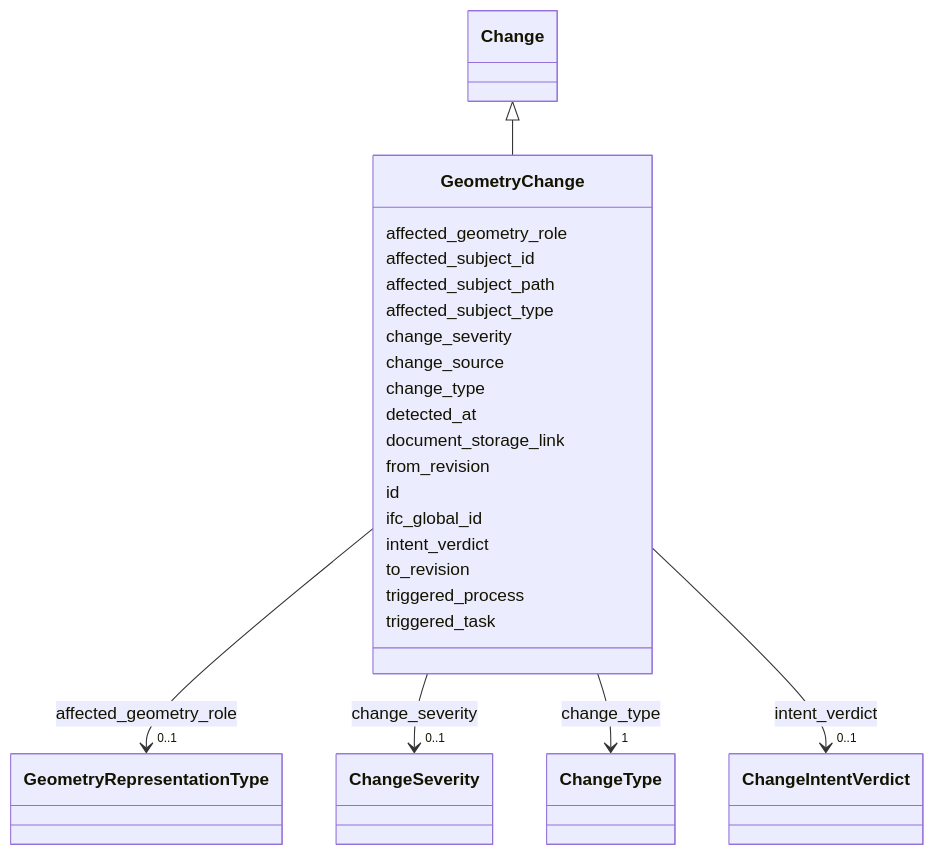
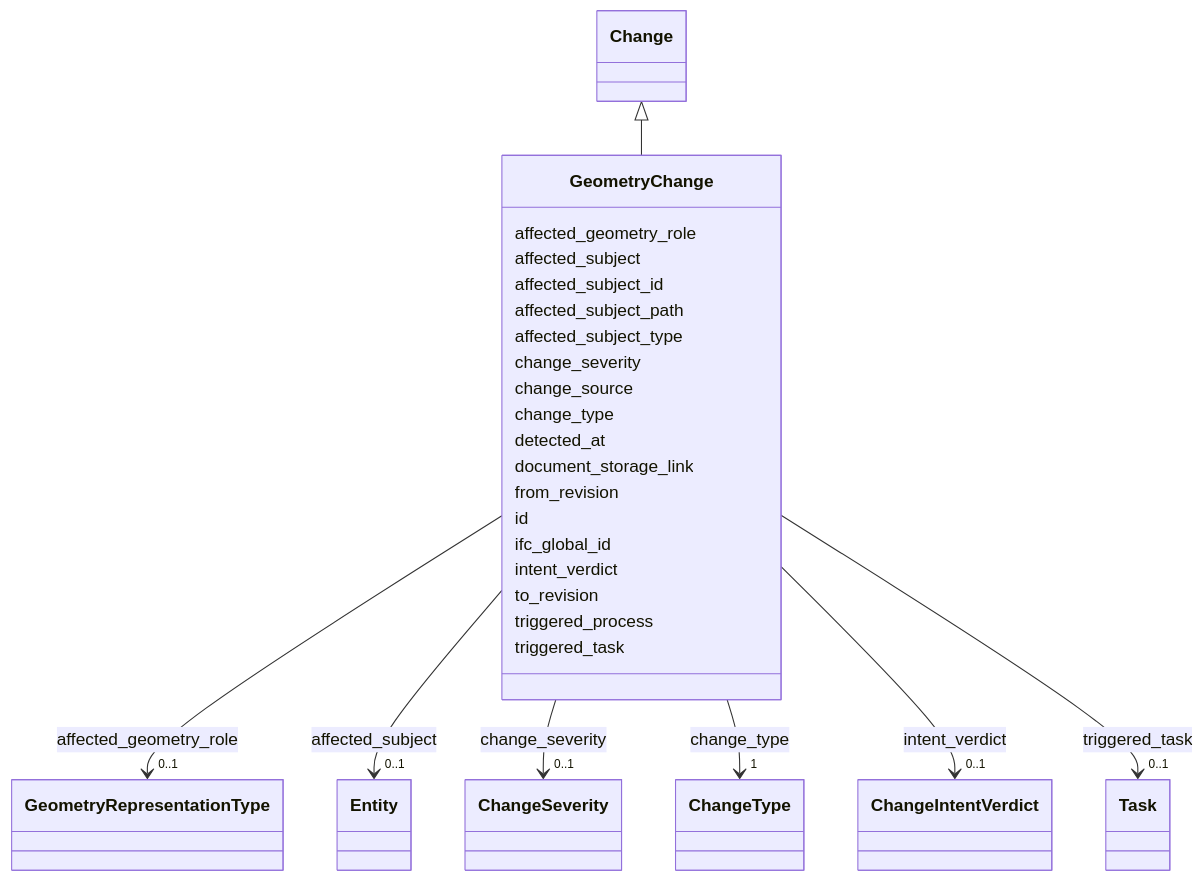
Before and after one commit to simondilhas/pragmatic-bim-data-contract: the diagram in v0.0.7/schema/GeometryChange.md, drawn with Mermaid. The commit also changed other lines of this file and 1888 other files, not shown here.

````diff
--- a/v0.0.7/schema/GeometryChange.md
+++ b/v0.0.7/schema/GeometryChange.md
@@ -23,31 +23,36 @@
 ```mermaid
  classDiagram
     class GeometryChange
     click GeometryChange href "./GeometryChange.html"
       Change <|-- GeometryChange
         click Change href "./Change.html"
       GeometryChange : affected_geometry_role
         GeometryChange --> "0..1" GeometryRepresentationType : affected_geometry_role
         click GeometryRepresentationType href "./GeometryRepresentationType.html"
+      GeometryChange : affected_subject
+        GeometryChange --> "0..1" Entity : affected_subject
+        click Entity href "./Entity.html"
       GeometryChange : affected_subject_id
       GeometryChange : affected_subject_path
       GeometryChange : affected_subject_type
       GeometryChange : change_severity
         GeometryChange --> "0..1" ChangeSeverity : change_severity
         click ChangeSeverity href "./ChangeSeverity.html"
       GeometryChange : change_source
       GeometryChange : change_type
         GeometryChange --> "1" ChangeType : change_type
         click ChangeType href "./ChangeType.html"
       GeometryChange : detected_at
       GeometryChange : document_storage_link
       GeometryChange : from_revision
       GeometryChange : id
       GeometryChange : ifc_global_id
       GeometryChange : intent_verdict
         GeometryChange --> "0..1" ChangeIntentVerdict : intent_verdict
         click ChangeIntentVerdict href "./ChangeIntentVerdict.html"
       GeometryChange : to_revision
       GeometryChange : triggered_process
       GeometryChange : triggered_task
+        GeometryChange --> "0..1" Task : triggered_task
+        click Task href "./Task.html"
 ```
````
